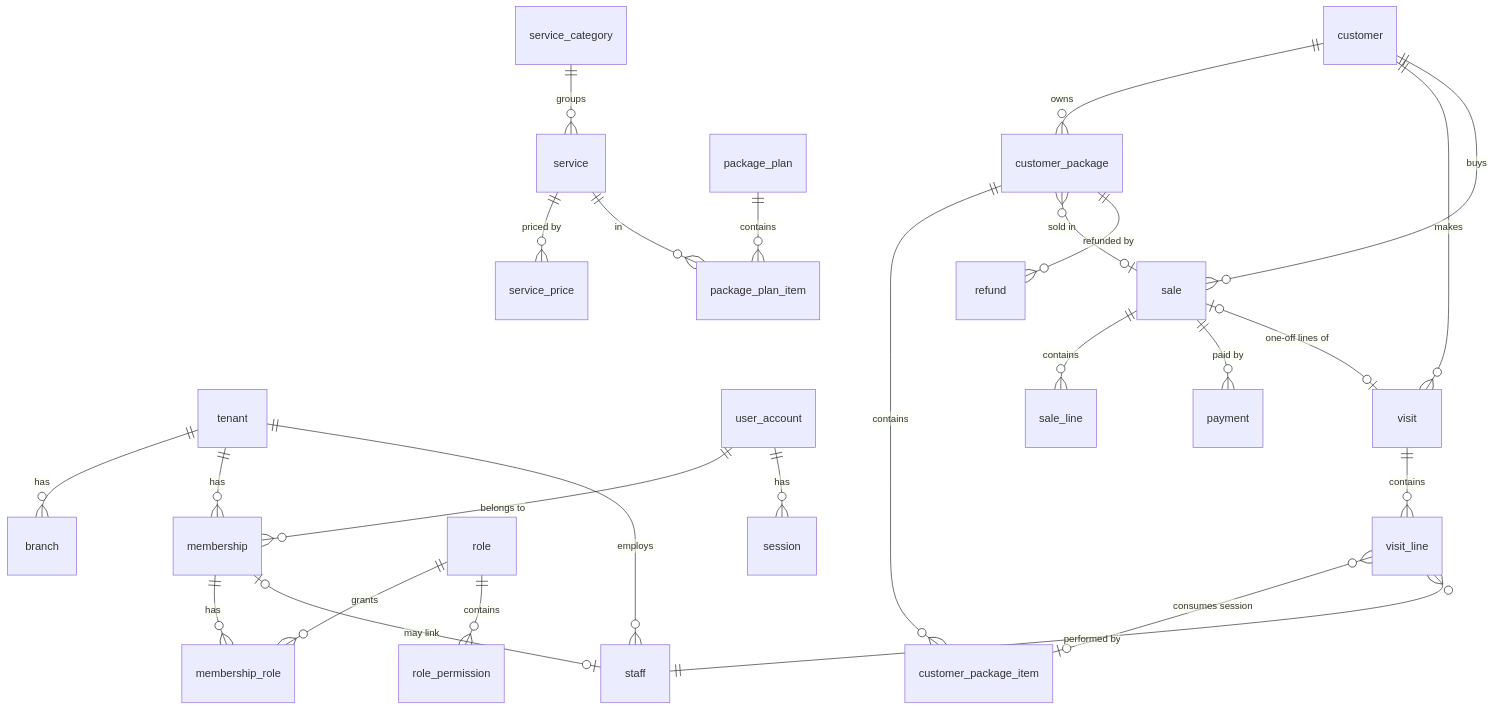
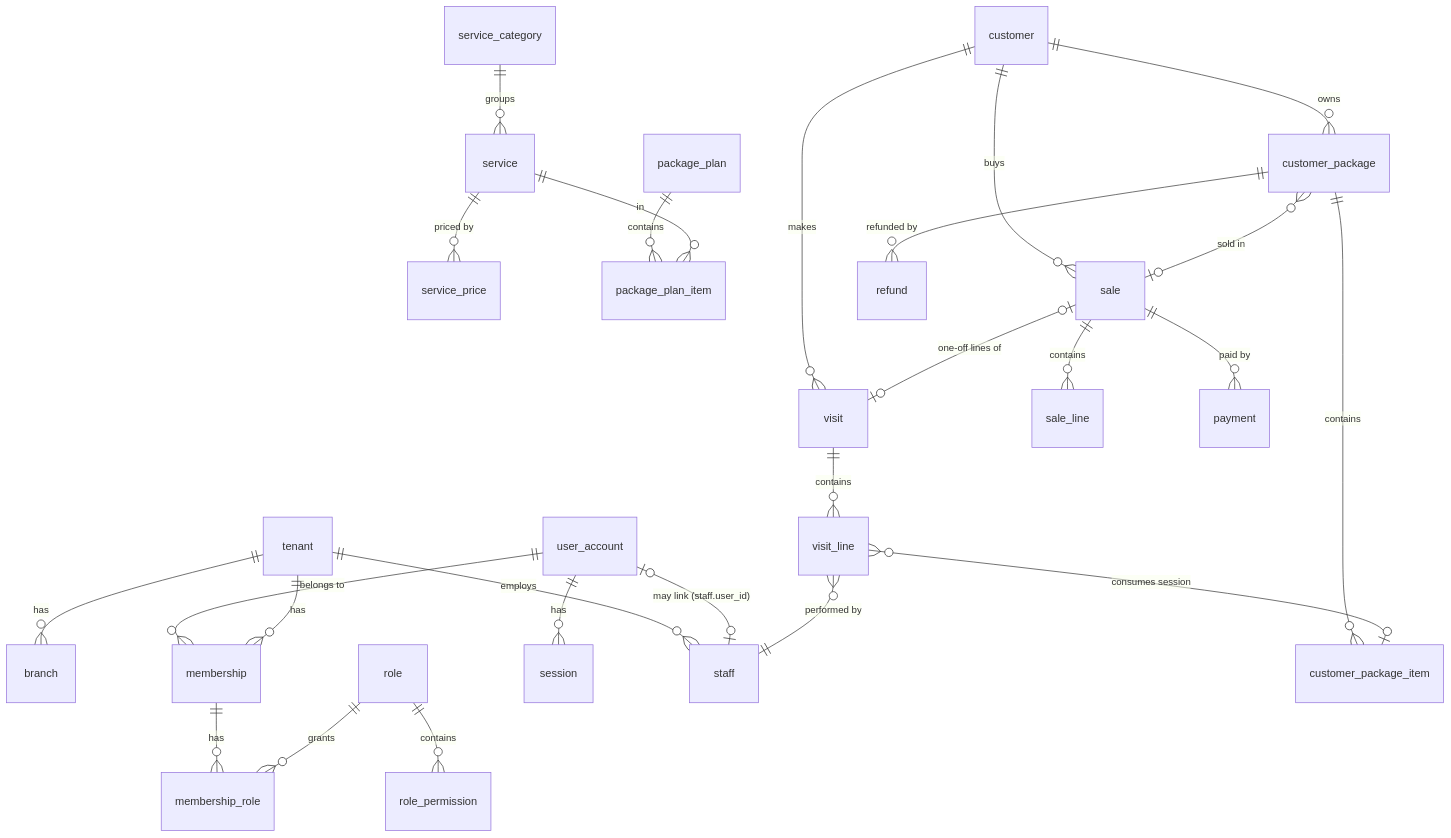
One commit to hungtruongOwolf/management-platform-for-spa changed the diagram in memory/wiki/architecture/data.md. Above: the diagram before and after it, drawn with Mermaid. The commit also changed other lines of this file and 55 other files, not shown here.

````diff
--- a/memory/wiki/architecture/data.md
+++ b/memory/wiki/architecture/data.md
@@ -21,28 +22,28 @@
 ```mermaid
 erDiagram
   tenant ||--o{ branch : has
   user_account ||--o{ membership : "belongs to"
   tenant ||--o{ membership : has
   membership ||--o{ membership_role : has
   role ||--o{ membership_role : grants
   role ||--o{ role_permission : contains
   user_account ||--o{ session : has
   tenant ||--o{ staff : employs
-  membership |o--o| staff : "may link"
+  user_account |o--o| staff : "may link (staff.user_id)"
   service_category ||--o{ service : groups
   service ||--o{ service_price : "priced by"
   package_plan ||--o{ package_plan_item : contains
   service ||--o{ package_plan_item : in
   customer ||--o{ customer_package : owns
   customer_package ||--o{ customer_package_item : contains
   customer ||--o{ visit : makes
   visit ||--o{ visit_line : contains
   visit_line }o--o| customer_package_item : "consumes session"
   visit_line }o--|| staff : "performed by"
   customer ||--o{ sale : buys
   sale ||--o{ sale_line : contains
   sale ||--o{ payment : "paid by"
   sale |o--o| visit : "one-off lines of"
   customer_package }o--o| sale : "sold in"
   customer_package ||--o{ refund : "refunded by"
 ```
````
